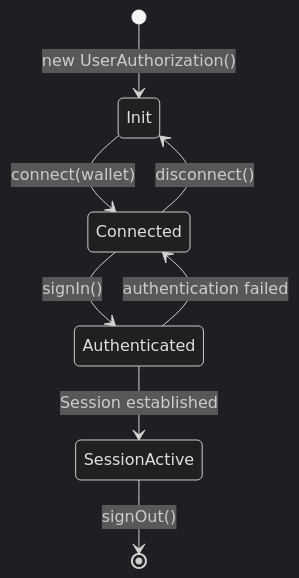
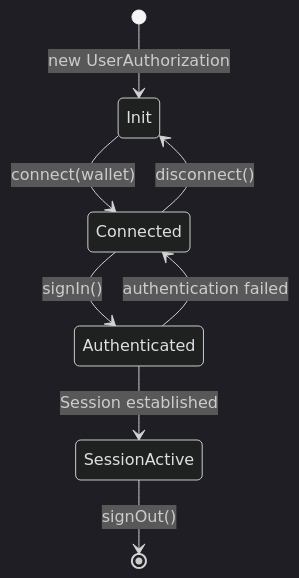
One commit to TinyCloudLabs/web-sdk changed the third of 9 diagrams in architecture.md. Above: the diagram before and after it, drawn with Mermaid (dark theme). The commit also changed other lines of this file, not shown here.

````diff
--- a/architecture.md
+++ b/architecture.md
@@ -153,11 +153,11 @@
 ```mermaid
 stateDiagram-v2
-    [*] --> Init: new UserAuthorization()
+    [*] --> Init: new UserAuthorization
     Init --> Connected: connect(wallet)
     Connected --> Authenticated: signIn()
     Authenticated --> SessionActive: Session established
     SessionActive --> [*]: signOut()
     
     Connected --> Init: disconnect()
     Authenticated --> Connected: authentication failed
 ```
````
